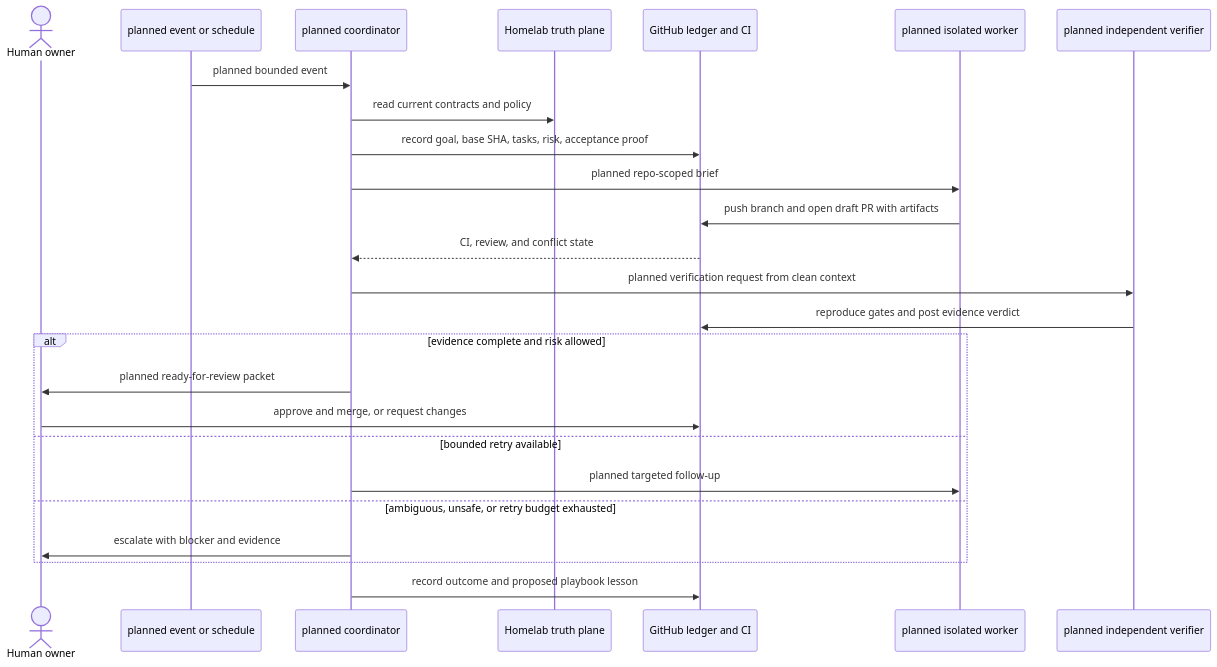
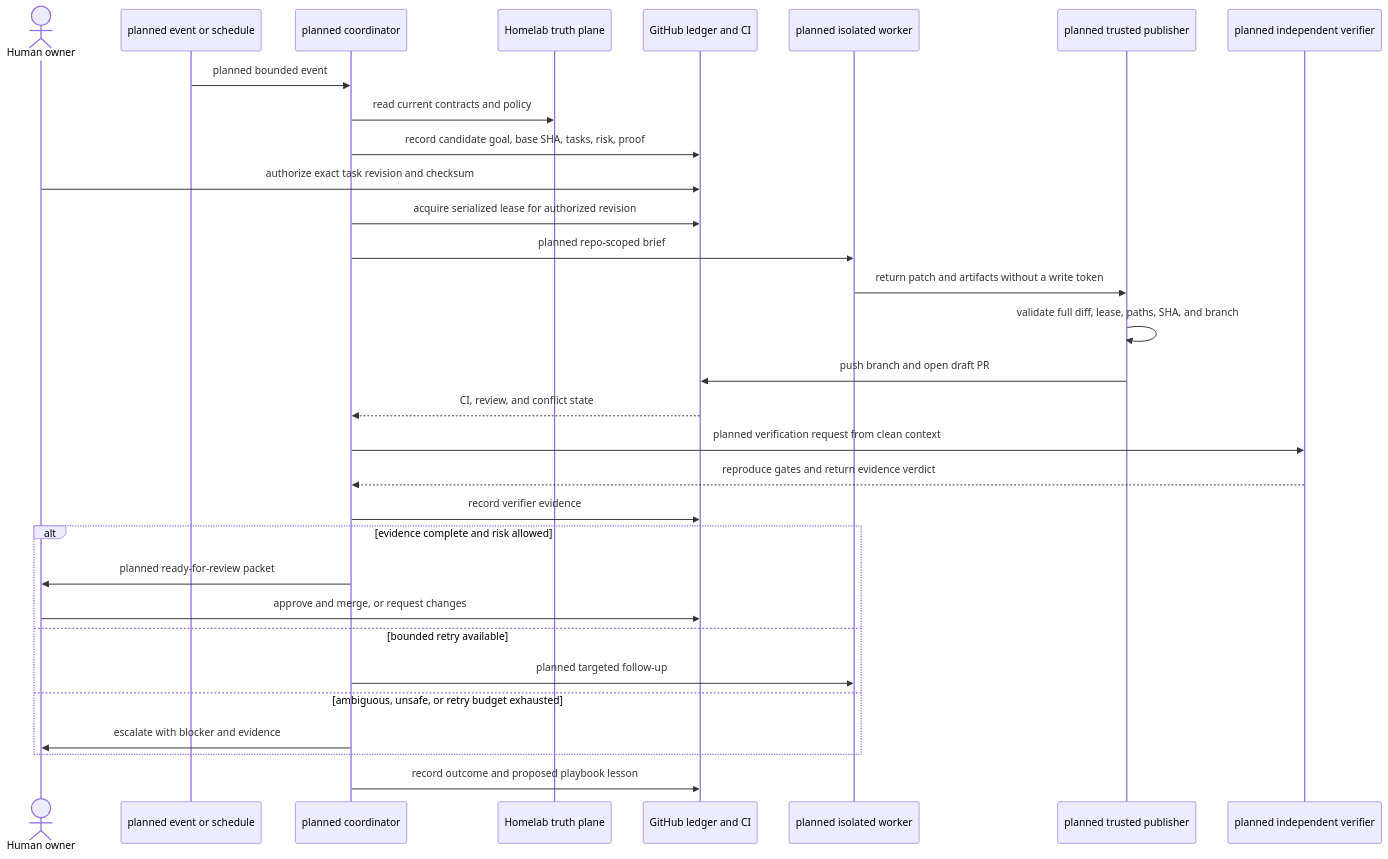
Before and after one commit to duynhlab/homelab: the second of 2 diagrams in docs/proposals/rfc/RFC-0033/research.md, drawn with Mermaid. The commit also changed other lines of this file and 1 other file, not shown here.

````diff
--- a/docs/proposals/rfc/RFC-0033/research.md
+++ b/docs/proposals/rfc/RFC-0033/research.md
@@ -392,28 +396,34 @@
 ```mermaid
 sequenceDiagram
   actor Human as Human owner
   participant Trigger as planned event or schedule
   participant Coord as planned coordinator
   participant Truth as Homelab truth plane
   participant GitHub as GitHub ledger and CI
   participant Worker as planned isolated worker
+  participant Publish as planned trusted publisher
   participant Verify as planned independent verifier
 
   Trigger->>Coord: planned bounded event
   Coord->>Truth: read current contracts and policy
-  Coord->>GitHub: record goal, base SHA, tasks, risk, acceptance proof
+  Coord->>GitHub: record candidate goal, base SHA, tasks, risk, proof
+  Human->>GitHub: authorize exact task revision and checksum
+  Coord->>GitHub: acquire serialized lease for authorized revision
   Coord->>Worker: planned repo-scoped brief
-  Worker->>GitHub: push branch and open draft PR with artifacts
+  Worker->>Publish: return patch and artifacts without a write token
+  Publish->>Publish: validate full diff, lease, paths, SHA, and branch
+  Publish->>GitHub: push branch and open draft PR
   GitHub-->>Coord: CI, review, and conflict state
   Coord->>Verify: planned verification request from clean context
-  Verify->>GitHub: reproduce gates and post evidence verdict
+  Verify-->>Coord: reproduce gates and return evidence verdict
+  Coord->>GitHub: record verifier evidence
   alt evidence complete and risk allowed
     Coord->>Human: planned ready-for-review packet
     Human->>GitHub: approve and merge, or request changes
   else bounded retry available
     Coord->>Worker: planned targeted follow-up
   else ambiguous, unsafe, or retry budget exhausted
     Coord->>Human: escalate with blocker and evidence
   end
   Coord->>GitHub: record outcome and proposed playbook lesson
 ```
````
